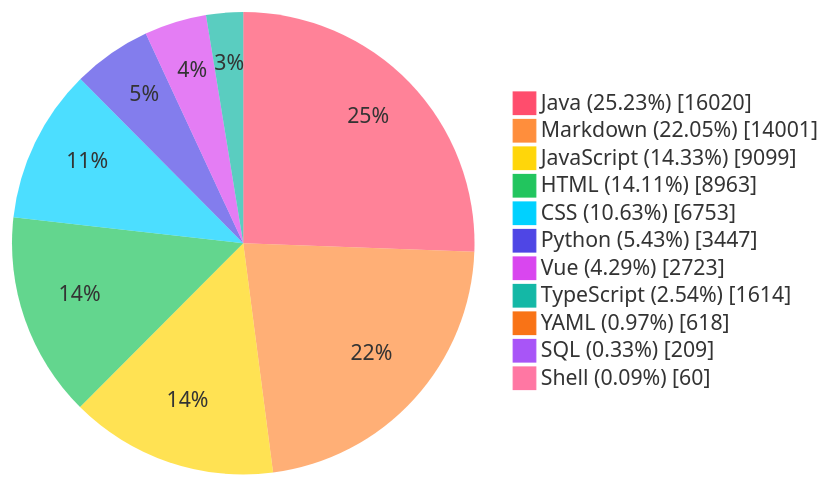
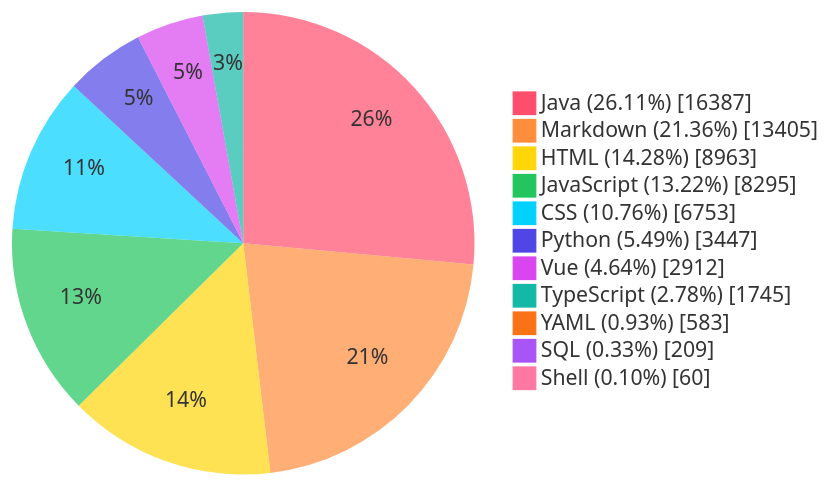
The diagram in README.md (TheBadRoger/BUCT-Teaching-Aids), drawn with Mermaid before and after one commit. The commit also changed other lines of this file and 2 other files, not shown here.

Commit message:
chore(stats): auto update README metrics

````diff
--- a/README.md
+++ b/README.md
@@ -85,30 +85,30 @@
 ```mermaid
 %%{init: {'theme':'base','themeVariables': {
   'fontFamily': 'Fira Code, JetBrains Mono, Source Code Pro, Cascadia Code, Menlo, Consolas, monospace',
   'pieStrokeColor': 'transparent',
   'pieStrokeWidth': '0px',
   'pieOuterStrokeWidth': '0px',
   'pie1': '#FF4D6D',
   'pie2': '#FF8E3C',
   'pie3': '#FFD60A',
   'pie4': '#22C55E',
   'pie5': '#00D1FF',
   'pie6': '#4F46E5',
   'pie7': '#D946EF',
   'pie8': '#14B8A6',
   'pie9': '#F97316',
   'pie10': '#A855F7'
 }}}%%
 pie showData
-    "Java (25.23%)" : 16020
-    "Markdown (22.05%)" : 14001
-    "JavaScript (14.33%)" : 9099
-    "HTML (14.11%)" : 8963
-    "CSS (10.63%)" : 6753
-    "Python (5.43%)" : 3447
-    "Vue (4.29%)" : 2723
-    "TypeScript (2.54%)" : 1614
-    "YAML (0.97%)" : 618
+    "Java (26.11%)" : 16387
+    "Markdown (21.36%)" : 13405
+    "HTML (14.28%)" : 8963
+    "JavaScript (13.22%)" : 8295
+    "CSS (10.76%)" : 6753
+    "Python (5.49%)" : 3447
+    "Vue (4.64%)" : 2912
+    "TypeScript (2.78%)" : 1745
+    "YAML (0.93%)" : 583
     "SQL (0.33%)" : 209
-    "Shell (0.09%)" : 60
+    "Shell (0.10%)" : 60
 ```
````
